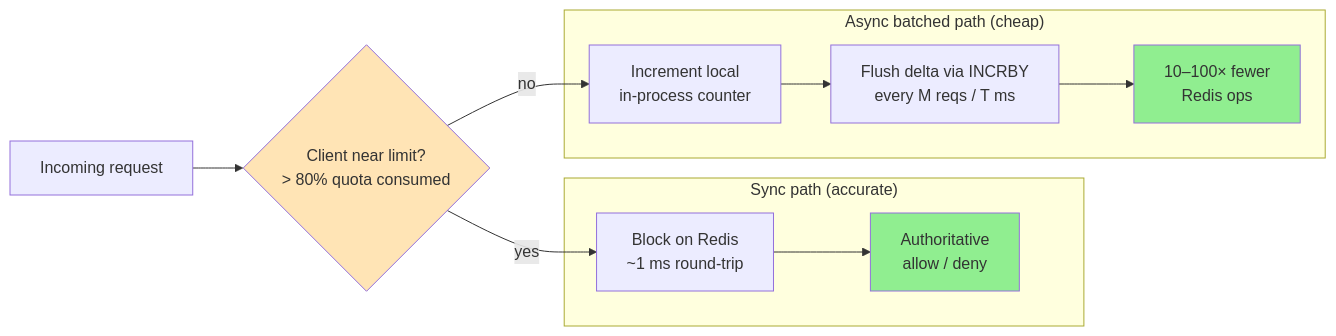
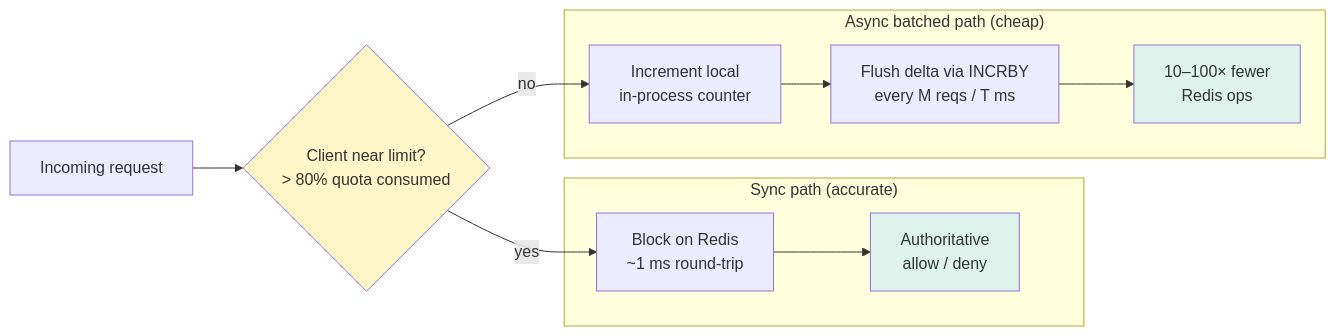
One commit to cartmancodes/InterviewVault changed the second of 5 diagrams in LLD/questions/Design Distributed Rate Limiter.md. Above: the diagram before and after it, drawn with Mermaid. The commit also changed other lines of this file and 679 other files, not shown here.

Commit message:
Unify content diagrams and add accessible visual walkthroughs

````diff
--- a/LLD/questions/Design Distributed Rate Limiter.md
+++ b/LLD/questions/Design Distributed Rate Limiter.md
@@ -228,24 +228,24 @@
 ```mermaid
 graph LR
     REQ[Incoming request]
     Q{"Client near limit?<br/>&gt; 80% quota consumed"}
 
     subgraph "Sync path (accurate)"
         S1[Block on Redis<br/>~1 ms round-trip]
         S2[Authoritative<br/>allow / deny]
     end
 
     subgraph "Async batched path (cheap)"
         A1[Increment local<br/>in-process counter]
         A2[Flush delta via INCRBY<br/>every M reqs / T ms]
         A3[10–100× fewer<br/>Redis ops]
     end
 
     REQ --> Q
     Q -->|yes| S1 --> S2
     Q -->|no| A1 --> A2 --> A3
 
-    style S2 fill:#90EE90
-    style A3 fill:#90EE90
-    style Q fill:#FFE4B5
+    style S2 fill:#DDF3EC
+    style A3 fill:#DDF3EC
+    style Q fill:#FFF6C9
 ```
````
